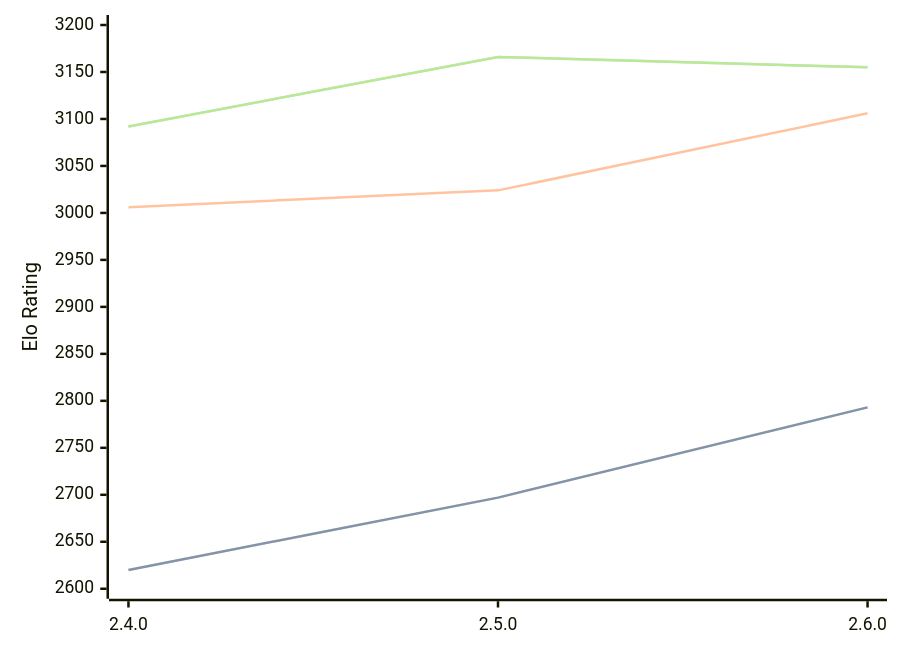
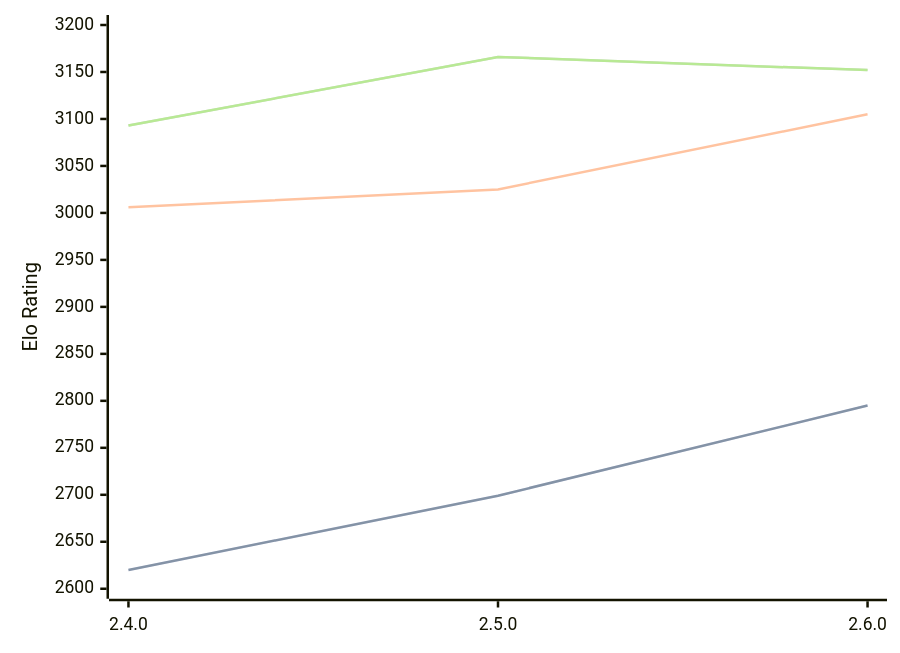
Before and after one commit to computer-chess-index/cci: the diagram in engines/Sturddle2.md, drawn with Mermaid. The commit also changed other lines of this file, not shown here.

Commit message:
Update CCI Ratings (ELO VLTC) - 2026-09-08

````diff
--- a/engines/Sturddle2.md
+++ b/engines/Sturddle2.md
@@ -33,11 +33,11 @@
 ```mermaid
 %%{init: {"theme":"base","themeVariables":{"seriesColors:['#a3a3a3','#222221','#faa371']}}}%%
 xychart-beta
   x-axis ["2.4.0", "2.5.0", "2.6.0"]
   y-axis "Elo Rating" 2600 --> 3200
-  line "" [2620, 2697, 2793]
-  line "STC (8.0+0.08s)" [2620, 2697, 2793]
-  line "LTC (60.0+0.60s)" [3006, 3024, 3106]
-  line "" [3092, 3166, 3155]
-  line "VLTC (2m24s+1.12s)" [3092, 3166, 3155]
+  line "" [2620, 2699, 2795]
+  line "STC (8.0+0.08s)" [2620, 2699, 2795]
+  line "LTC (60.0+0.60s)" [3006, 3025, 3105]
+  line "" [3093, 3166, 3152]
+  line "VLTC (2m24s+1.12s)" [3093, 3166, 3152]
 ```
````
